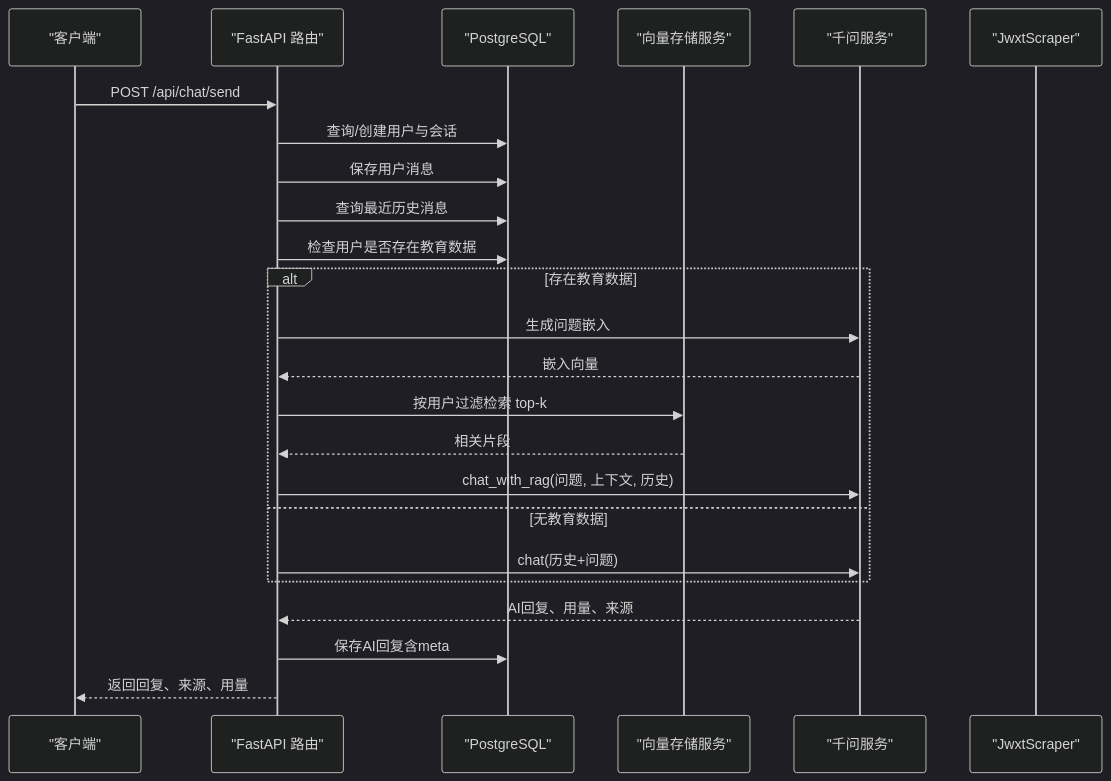
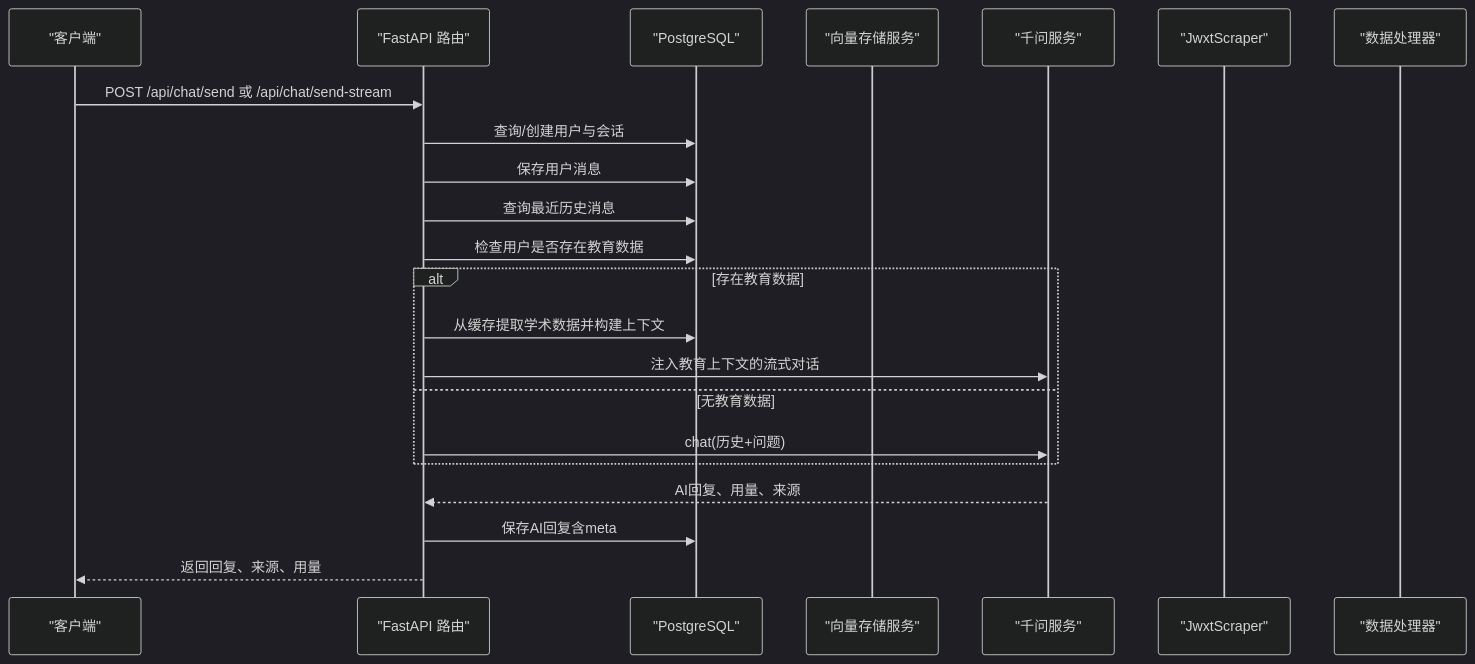
One commit to ghbbn053-ship-itsoulddog/soulddog changed the second of 9 diagrams in .qoder/repowiki/zh/content/AI智能问答系统/AI智能问答系统.md. Above: the diagram before and after it, drawn with Mermaid (dark theme). The commit also changed other lines of this file and 10 other files, not shown here.

````diff
--- a/.qoder/repowiki/zh/content/AI智能问答系统/AI智能问答系统.md
+++ b/.qoder/repowiki/zh/content/AI智能问答系统/AI智能问答系统.md
@@ -101,26 +108,24 @@
 ```mermaid
 sequenceDiagram
 participant Client as "客户端"
 participant API as "FastAPI 路由"
 participant DB as "PostgreSQL"
 participant VS as "向量存储服务"
 participant QW as "千问服务"
 participant SC as "JwxtScraper"
-Client->>API : POST /api/chat/send
+participant DP as "数据处理器"
+Client->>API : POST /api/chat/send 或 /api/chat/send-stream
 API->>DB : 查询/创建用户与会话
 API->>DB : 保存用户消息
 API->>DB : 查询最近历史消息
 API->>DB : 检查用户是否存在教育数据
 alt 存在教育数据
-API->>QW : 生成问题嵌入
-QW-->>API : 嵌入向量
-API->>VS : 按用户过滤检索 top-k
-VS-->>API : 相关片段
-API->>QW : chat_with_rag(问题, 上下文, 历史)
+API->>DB : 从缓存提取学术数据并构建上下文
+API->>QW : 注入教育上下文的流式对话
 else 无教育数据
 API->>QW : chat(历史+问题)
 end
 QW-->>API : AI回复、用量、来源
 API->>DB : 保存AI回复含meta
 API-->>Client : 返回回复、来源、用量
 ```
````
